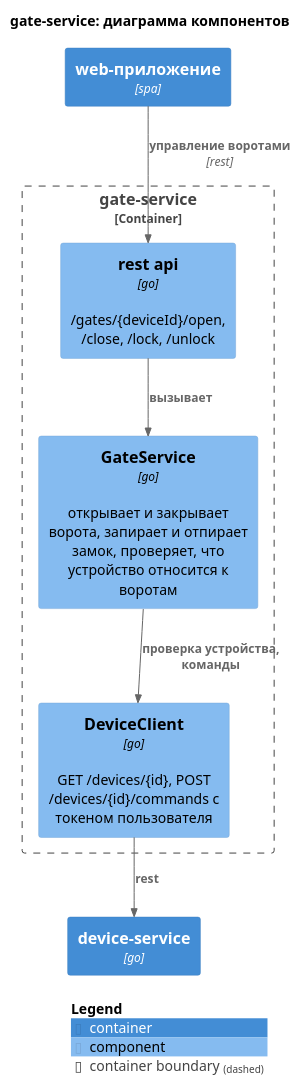
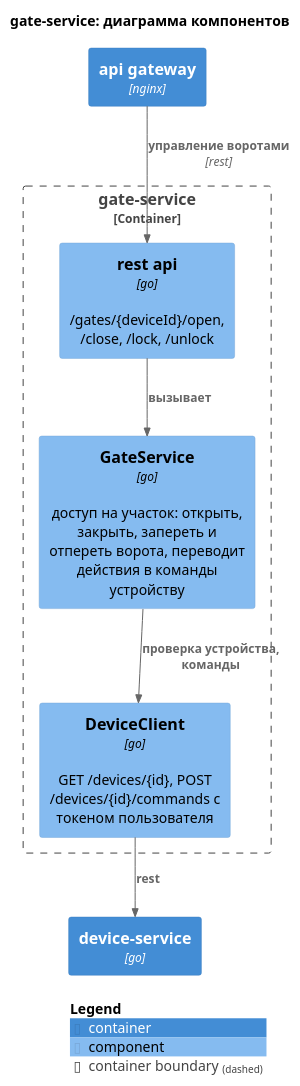
One commit to Murl1k/arch-sprint-1 changed the diagram in diagrams/component/gate-service.puml. Above: the diagram before and after it, drawn with PlantUML. The commit also changed 22 other files, not shown here.

```diff
--- a/diagrams/component/gate-service.puml
+++ b/diagrams/component/gate-service.puml
@@ -1,21 +1,21 @@
 @startuml gate-service
 !include https://raw.githubusercontent.com/plantuml-stdlib/C4-PlantUML/v2.14.0/C4_Component.puml
 
 title gate-service: диаграмма компонентов
 
-Container(web, "web-приложение", "spa")
+Container(api_gw, "api gateway", "nginx")
 Container(device_svc, "device-service", "go")
 
 Container_Boundary(svc, "gate-service") {
     Component(api, "rest api", "go", "/gates/{deviceId}/open, /close, /lock, /unlock")
-    Component(gate, "GateService", "go", "открывает и закрывает ворота, запирает и отпирает замок, проверяет, что устройство относится к воротам")
+    Component(gate, "GateService", "go", "доступ на участок: открыть, закрыть, запереть и отпереть ворота, переводит действия в команды устройству")
     Component(client, "DeviceClient", "go", "GET /devices/{id}, POST /devices/{id}/commands с токеном пользователя")
 }
 
-Rel(web, api, "управление воротами", "rest")
+Rel(api_gw, api, "управление воротами", "rest")
 Rel(api, gate, "вызывает")
 Rel(gate, client, "проверка устройства, команды")
 Rel(client, device_svc, "rest")
 
 SHOW_LEGEND()
 @enduml
```
